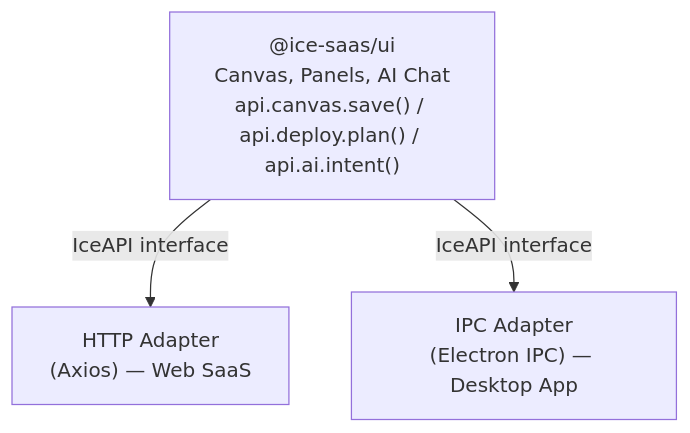
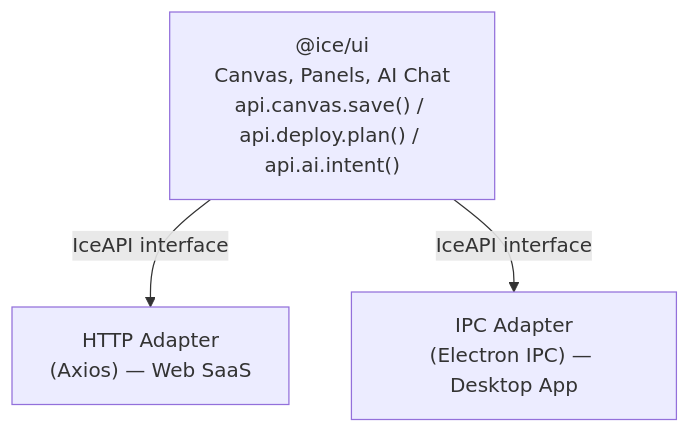
Before and after one commit to light-cloud-com/ice: the second of 3 diagrams in docs/architecture.md, drawn with Mermaid. The commit also changed other lines of this file and 1025 other files, not shown here.

````diff
--- a/docs/architecture.md
+++ b/docs/architecture.md
@@ -37,6 +37,6 @@
 ```mermaid
 graph TD
-    UI["@ice-saas/ui<br/>Canvas, Panels, AI Chat<br/>api.canvas.save() / api.deploy.plan() / api.ai.intent()"]
+    UI["@ice/ui<br/>Canvas, Panels, AI Chat<br/>api.canvas.save() / api.deploy.plan() / api.ai.intent()"]
     UI -->|"IceAPI interface"| HTTP["HTTP Adapter<br/>(Axios) — Web SaaS"]
     UI -->|"IceAPI interface"| IPC["IPC Adapter<br/>(Electron IPC) — Desktop App"]
 ```
````
